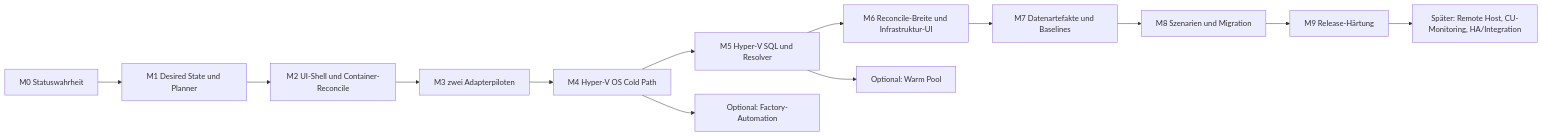
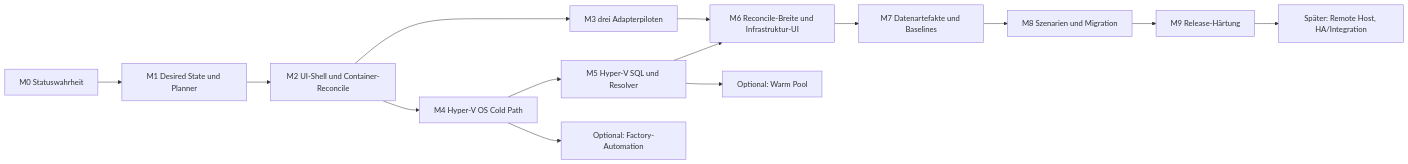
One commit to gecompat/SQL_Server_Lab changed the diagram in Documentation/Project_Planning/DEVELOPMENT_EXECUTION_PLAN_2026-08-08.md. Above: the diagram before and after it, drawn with Mermaid. The commit also changed other lines of this file and 15 other files, not shown here.

````diff
--- a/Documentation/Project_Planning/DEVELOPMENT_EXECUTION_PLAN_2026-08-08.md
+++ b/Documentation/Project_Planning/DEVELOPMENT_EXECUTION_PLAN_2026-08-08.md
@@ -208,15 +214,16 @@
 ```mermaid
 flowchart LR
     M0["M0 Statuswahrheit"] --> M1["M1 Desired State und Planner"]
     M1 --> M2["M2 UI-Shell und Container-Reconcile"]
-    M2 --> M3["M3 zwei Adapterpiloten"]
-    M3 --> M4["M4 Hyper-V OS Cold Path"]
+    M2 --> M3["M3 drei Adapterpiloten"]
+    M2 --> M4["M4 Hyper-V OS Cold Path"]
     M4 --> M5["M5 Hyper-V SQL und Resolver"]
-    M5 --> M6["M6 Reconcile-Breite und Infrastruktur-UI"]
+    M3 --> M6["M6 Reconcile-Breite und Infrastruktur-UI"]
+    M5 --> M6
     M6 --> M7["M7 Datenartefakte und Baselines"]
     M7 --> M8["M8 Szenarien und Migration"]
     M8 --> M9["M9 Release-Härtung"]
     M4 --> O1["Optional: Factory-Automation"]
     M5 --> O2["Optional: Warm Pool"]
-    M9 --> O3["Später: Remote Host, CU-Monitoring, HA/Integration"]
+    M9 --> O3["Später: Remote Host, HA/Integration"]
 ```
````
